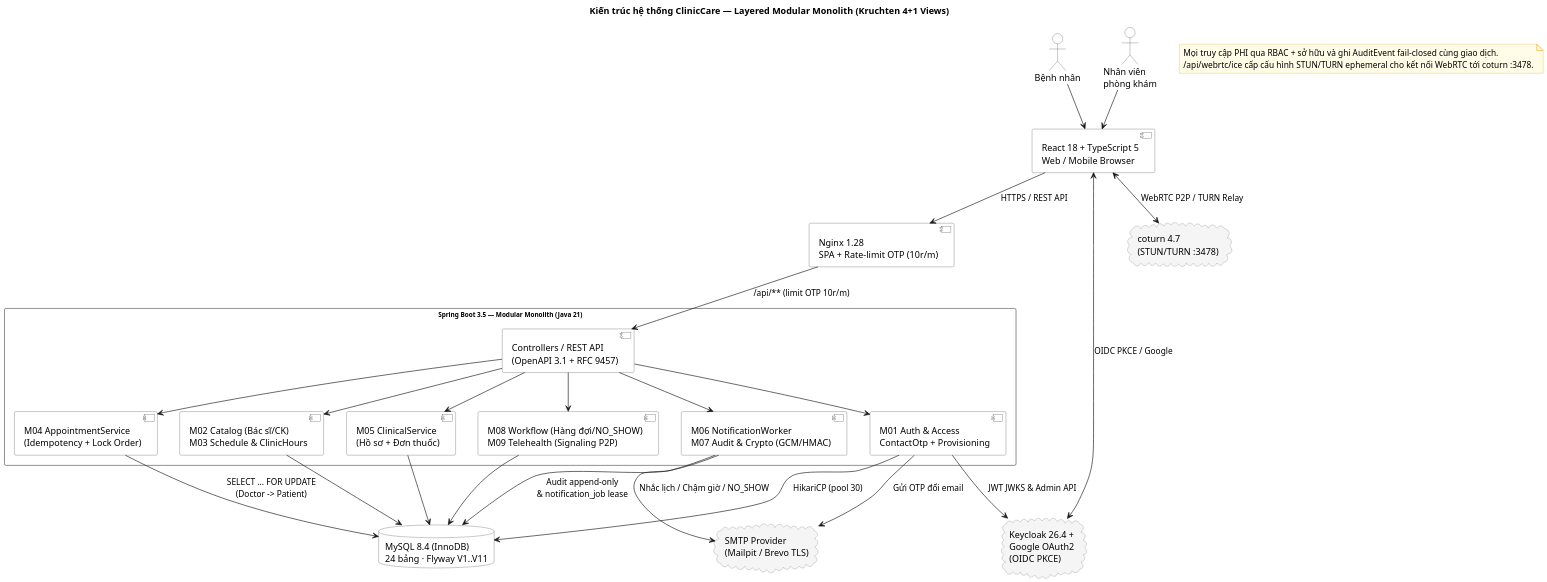
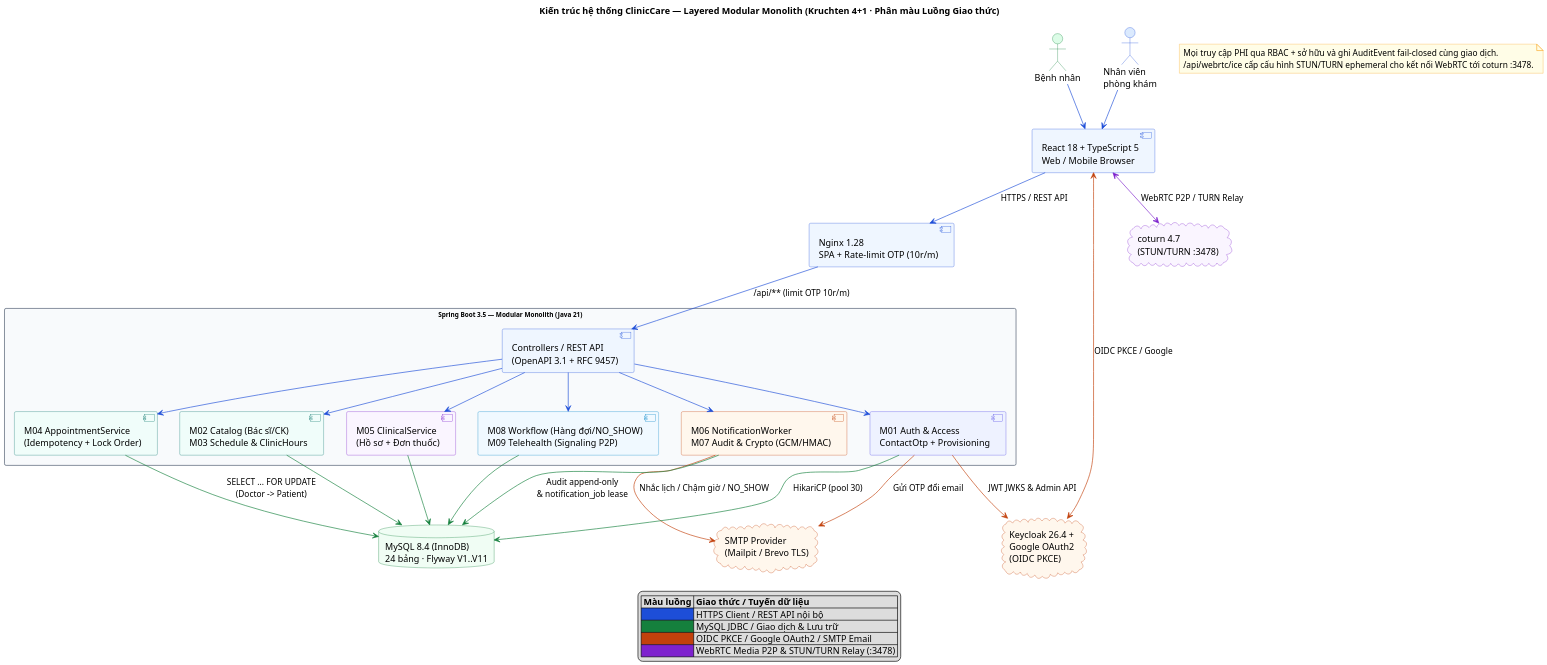
One commit to Samie32/SE-project changed the diagram in docs/design/architecture/system-architecture.puml. Above: the diagram before and after it, drawn with PlantUML. The commit also changed 25 other files, not shown here.

Commit message:
Chuan hoa mau sac, legend va bo cuc UML 2.5/ERD cho 13 so do nhieu duong noi

```diff
--- a/docs/design/architecture/system-architecture.puml
+++ b/docs/design/architecture/system-architecture.puml
@@ -1,81 +1,81 @@
 @startuml system-architecture
 skinparam rectangle {
   BackgroundColor White
-  BorderColor #555
+  BorderColor #64748B
   FontName Arial
   FontSize 10
 }
 skinparam component {
   BackgroundColor White
-  BorderColor #555
+  BorderColor #64748B
 }
 skinparam actor {
   BackgroundColor White
-  BorderColor #555
+  BorderColor #475569
 }
 skinparam noteBackgroundColor #FFFDE7
 skinparam noteBorderColor #F9A825
-skinparam cloud {
-  BackgroundColor #F5F5F5
-  BorderColor #888
-}
-skinparam database {
-  BackgroundColor White
-  BorderColor #555
-}
 skinparam shadowing false
 skinparam dpi 150
-title Kiến trúc hệ thống ClinicCare — Layered Modular Monolith (Kruchten 4+1 Views)
+title Kiến trúc hệ thống ClinicCare — Layered Modular Monolith (Kruchten 4+1 · Phân màu Luồng Giao thức)
 
-actor "Bệnh nhân" as Patient
-actor "Nhân viên\nphòng khám" as Staff
+actor "Bệnh nhân" as Patient #DCFCE7;line:15803D
+actor "Nhân viên\nphòng khám" as Staff #DBEAFE;line:1D4ED8
 
-component "React 18 + TypeScript 5\nWeb / Mobile Browser" as Browser
-component "Nginx 1.28\nSPA + Rate-limit OTP (10r/m)" as Nginx
+component "React 18 + TypeScript 5\nWeb / Mobile Browser" as Browser #EFF6FF;line:1D4ED8
+component "Nginx 1.28\nSPA + Rate-limit OTP (10r/m)" as Nginx #EFF6FF;line:1D4ED8
 
-rectangle "Spring Boot 3.5 — Modular Monolith (Java 21)" as Backend {
-  component "Controllers / REST API\n(OpenAPI 3.1 + RFC 9457)" as Controllers
-  component "M01 Auth & Access\nContactOtp + Provisioning" as M01
-  component "M02 Catalog (Bác sĩ/CK)\nM03 Schedule & ClinicHours" as M023
-  component "M04 AppointmentService\n(Idempotency + Lock Order)" as M04
-  component "M05 ClinicalService\n(Hồ sơ + Đơn thuốc)" as M05
-  component "M08 Workflow (Hàng đợi/NO_SHOW)\nM09 Telehealth (Signaling P2P)" as M089
-  component "M06 NotificationWorker\nM07 Audit & Crypto (GCM/HMAC)" as M067
+rectangle "Spring Boot 3.5 — Modular Monolith (Java 21)" as Backend #F8FAFC;line:475569 {
+  component "Controllers / REST API\n(OpenAPI 3.1 + RFC 9457)" as Controllers #EFF6FF;line:1D4ED8
+  component "M01 Auth & Access\nContactOtp + Provisioning" as M01 #EEF2FF;line:4F46E5
+  component "M02 Catalog (Bác sĩ/CK)\nM03 Schedule & ClinicHours" as M023 #F0FDFA;line:0F766E
+  component "M04 AppointmentService\n(Idempotency + Lock Order)" as M04 #F0FDFA;line:0F766E
+  component "M05 ClinicalService\n(Hồ sơ + Đơn thuốc)" as M05 #FAF5FF;line:7E22CE
+  component "M08 Workflow (Hàng đợi/NO_SHOW)\nM09 Telehealth (Signaling P2P)" as M089 #F0F9FF;line:0284C7
+  component "M06 NotificationWorker\nM07 Audit & Crypto (GCM/HMAC)" as M067 #FFF7ED;line:C2410C
 }
 
-cloud "Keycloak 26.4 +\nGoogle OAuth2\n(OIDC PKCE)" as IdP
-cloud "SMTP Provider\n(Mailpit / Brevo TLS)" as EmailSvc
-cloud "coturn 4.7\n(STUN/TURN :3478)" as TurnSvc
-database "MySQL 8.4 (InnoDB)\n24 bảng · Flyway V1..V11" as MySQL
+cloud "Keycloak 26.4 +\nGoogle OAuth2\n(OIDC PKCE)" as IdP #FFF7ED;line:C2410C
+cloud "SMTP Provider\n(Mailpit / Brevo TLS)" as EmailSvc #FFF7ED;line:C2410C
+cloud "coturn 4.7\n(STUN/TURN :3478)" as TurnSvc #FAF5FF;line:7E22CE
+database "MySQL 8.4 (InnoDB)\n24 bảng · Flyway V1..V11" as MySQL #F0FDF4;line:15803D
 
-Patient --> Browser
-Staff --> Browser
-Browser --> Nginx : HTTPS / REST API
-Browser <--> IdP : OIDC PKCE / Google
-Browser <--> TurnSvc : WebRTC P2P / TURN Relay
+Patient -[#1D4ED8]-> Browser
+Staff -[#1D4ED8]-> Browser
+Browser -[#1D4ED8]-> Nginx : HTTPS / REST API
+Browser <-[#C2410C]-> IdP : OIDC PKCE / Google
+Browser <-[#7E22CE]-> TurnSvc : WebRTC P2P / TURN Relay
 
-Nginx --> Controllers : /api/** (limit OTP 10r/m)
-Controllers --> M01
-Controllers --> M023
-Controllers --> M04
-Controllers --> M05
-Controllers --> M089
-Controllers --> M067
+Nginx -[#1D4ED8]-> Controllers : /api/** (limit OTP 10r/m)
+Controllers -[#1D4ED8]-> M01
+Controllers -[#1D4ED8]-> M023
+Controllers -[#1D4ED8]-> M04
+Controllers -[#1D4ED8]-> M05
+Controllers -[#1D4ED8]-> M089
+Controllers -[#1D4ED8]-> M067
 
-M01 --> IdP : JWT JWKS & Admin API
-M01 --> EmailSvc : Gửi OTP đổi email
-M067 --> EmailSvc : Nhắc lịch / Chậm giờ / NO_SHOW
+M01 -[#C2410C]-> IdP : JWT JWKS & Admin API
+M01 -[#C2410C]-> EmailSvc : Gửi OTP đổi email
+M067 -[#C2410C]-> EmailSvc : Nhắc lịch / Chậm giờ / NO_SHOW
 
-M01 --> MySQL : HikariCP (pool 30)
-M023 --> MySQL
-M04 --> MySQL : SELECT ... FOR UPDATE\n(Doctor -> Patient)
-M05 --> MySQL
-M089 --> MySQL
-M067 --> MySQL : Audit append-only\n& notification_job lease
+M01 -[#15803D]-> MySQL : HikariCP (pool 30)
+M023 -[#15803D]-> MySQL
+M04 -[#15803D]-> MySQL : SELECT ... FOR UPDATE\n(Doctor -> Patient)
+M05 -[#15803D]-> MySQL
+M089 -[#15803D]-> MySQL
+M067 -[#15803D]-> MySQL : Audit append-only\n& notification_job lease
 
 note as N1
   Mọi truy cập PHI qua RBAC + sở hữu và ghi AuditEvent fail-closed cùng giao dịch.
   /api/webrtc/ice cấp cấu hình STUN/TURN ephemeral cho kết nối WebRTC tới coturn :3478.
 end note
 
+legend bottom
+  |= Màu luồng |= Giao thức / Tuyến dữ liệu |
+  |<#1D4ED8>   | HTTPS Client / REST API nội bộ |
+  |<#15803D>   | MySQL JDBC / Giao dịch & Lưu trữ |
+  |<#C2410C>   | OIDC PKCE / Google OAuth2 / SMTP Email |
+  |<#7E22CE>   | WebRTC Media P2P & STUN/TURN Relay (:3478) |
+endlegend
+
 @enduml
```
